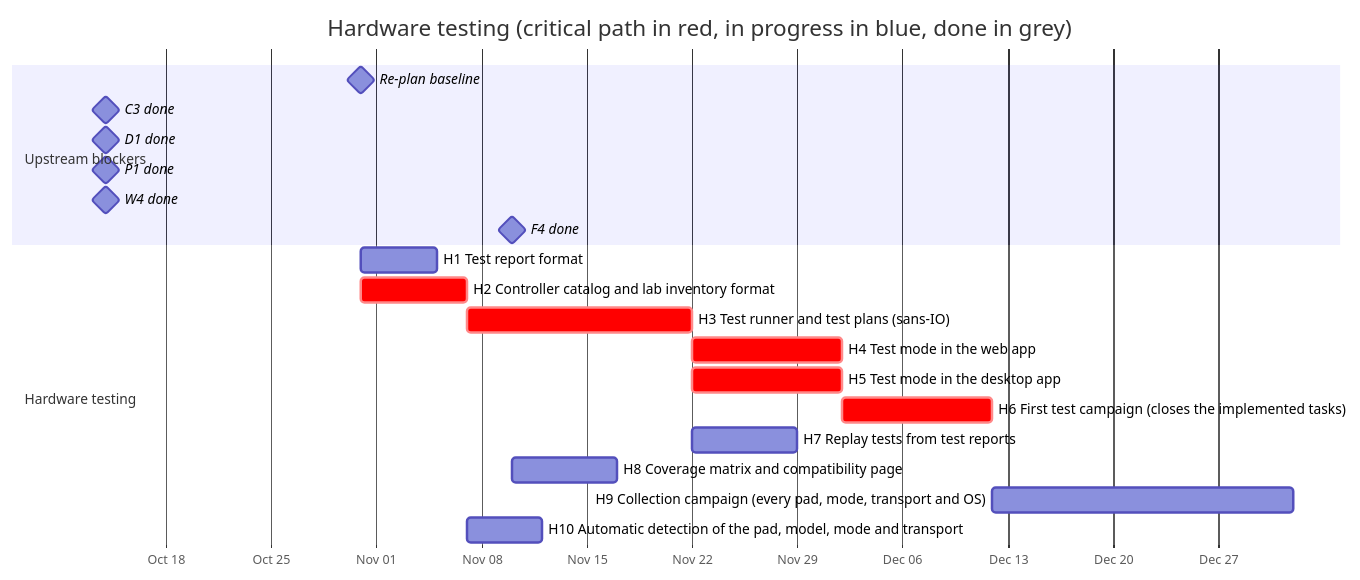
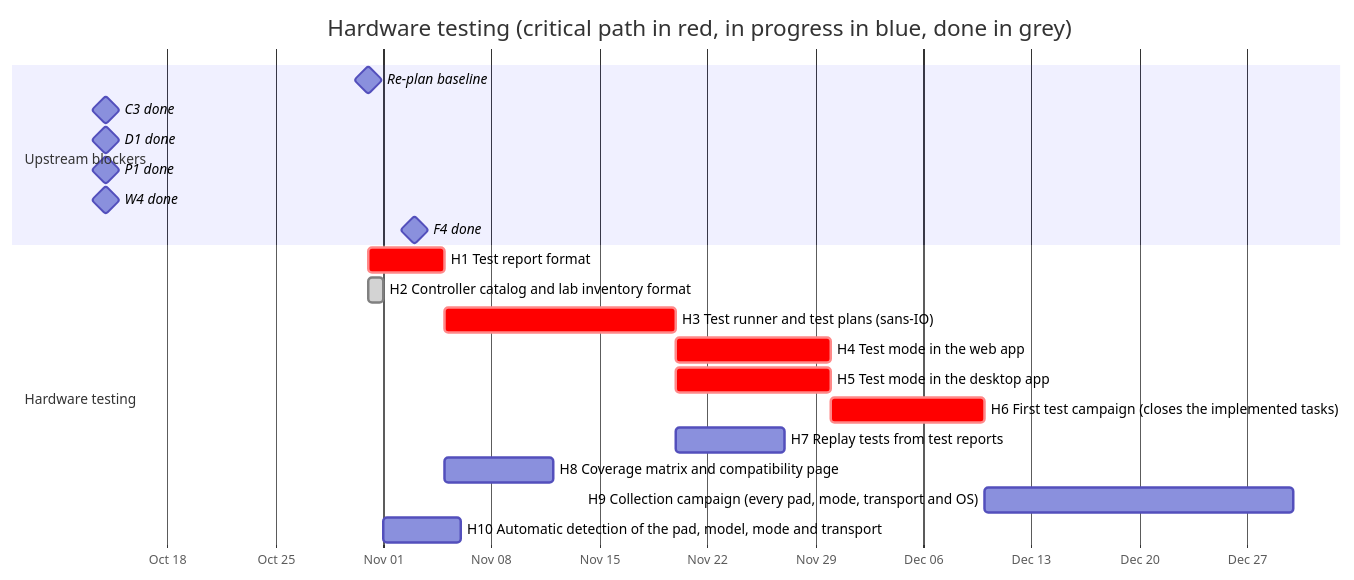
Before and after one commit to anygamepad/anygamepad.github.io: the diagram in ROADMAP/2026-10-31/06-hardware-testing.md, drawn with Mermaid. The commit also changed other lines of this file and 41 other files, not shown here.

First line of the commit message:
H2: controller catalog and lab inventory format

````diff
--- a/ROADMAP/2026-10-31/06-hardware-testing.md
+++ b/ROADMAP/2026-10-31/06-hardware-testing.md
@@ -197,24 +197,24 @@
 ```mermaid
 gantt
     dateFormat YYYY-MM-DD
     axisFormat %b %d
     title Hardware testing (critical path in red, in progress in blue, done in grey)
     section Upstream blockers
     Re-plan baseline :milestone, t0, 2026-10-31, 0d
     C3 done :milestone, c3, 2026-10-14, 0d
     D1 done :milestone, d1, 2026-10-14, 0d
     P1 done :milestone, p1, 2026-10-14, 0d
     W4 done :milestone, w4, 2026-10-14, 0d
-    F4 done :milestone, f4, 2026-11-10, 0d
+    F4 done :milestone, f4, 2026-11-03, 0d
     section Hardware testing
-    H1 Test report format :h1, after p1 t0, 5d
-    H2 Controller catalog and lab inventory format :crit, h2, after d1 t0, 7d
+    H1 Test report format :crit, h1, after p1 t0, 5d
+    H2 Controller catalog and lab inventory format :done, h2, 2026-10-31, 1d
     H3 Test runner and test plans (sans-IO) :crit, h3, after h1 h2 c3 w4, 15d
     H4 Test mode in the web app :crit, h4, after h3 h10, 10d
     H5 Test mode in the desktop app :crit, h5, after h3 h10, 10d
     H6 First test campaign (closes the implemented tasks) :crit, h6, after h4 h5 f4, 10d
     H7 Replay tests from test reports :h7, after h3, 7d
     H8 Coverage matrix and compatibility page :h8, after h1 f4, 7d
     H9 Collection campaign (every pad, mode, transport and OS) :h9, after h6, 20d
     H10 Automatic detection of the pad, model, mode and transport :h10, after h2, 5d
 ```
````
